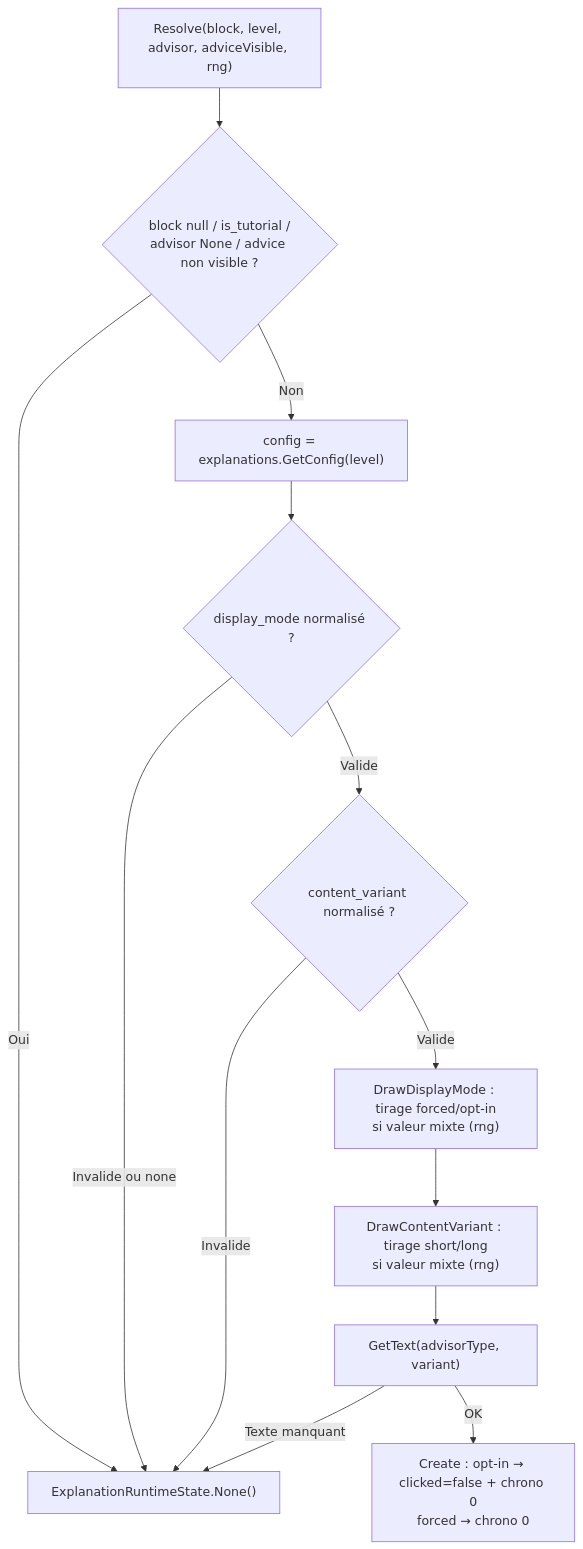
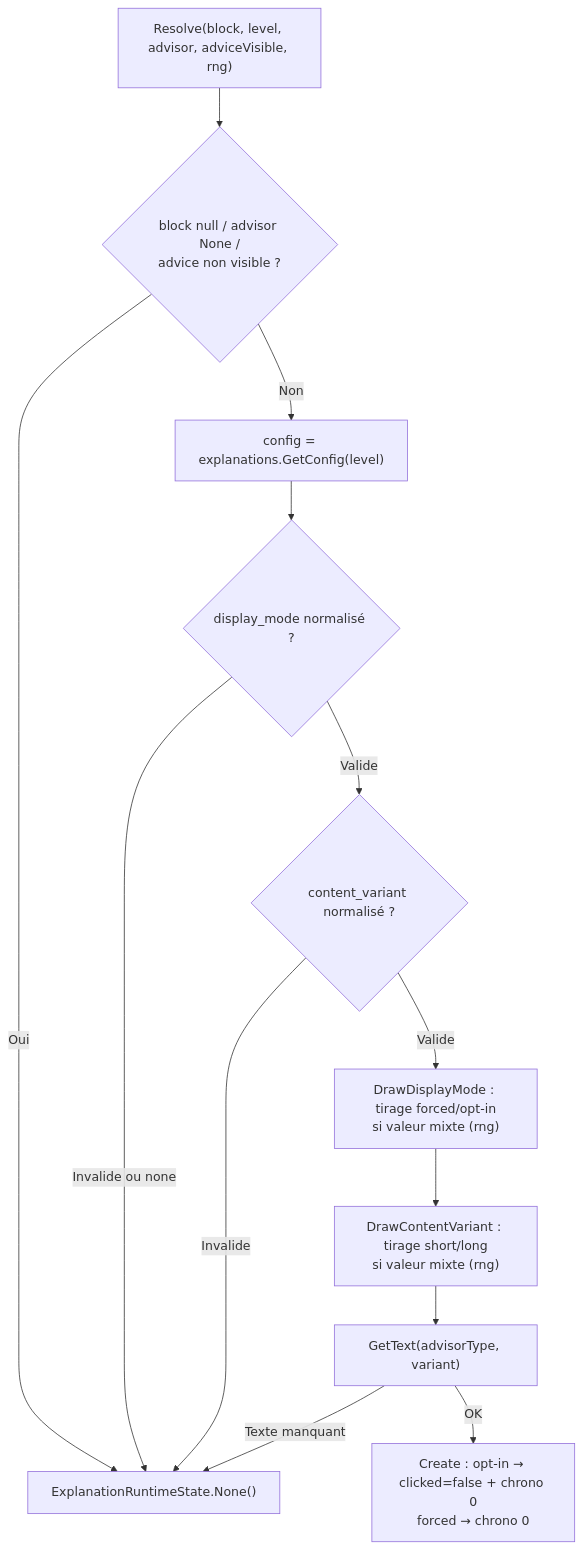
One commit to PierreChagnon/BUGS changed diagram 22 of 29 in Docs/TDD.md. Above: the diagram before and after it, drawn with Mermaid. The commit also changed other lines of this file and 4 other files, not shown here.

````diff
--- a/Docs/TDD.md
+++ b/Docs/TDD.md
@@ -2806,15 +2806,15 @@
 ```mermaid
 graph TD
-    A["Resolve(block, level, advisor, adviceVisible, rng)"] --> B{"block null / is_tutorial /<br/>advisor None / advice non visible ?"}
+    A["Resolve(block, level, advisor, adviceVisible, rng)"] --> B{"block null / advisor None /<br/>advice non visible ?"}
     B -->|Oui| Z["ExplanationRuntimeState.None()"]
     B -->|Non| C["config = explanations.GetConfig(level)"]
     C --> D{"display_mode normalisé ?"}
     D -->|Invalide ou none| Z
     D -->|Valide| E{"content_variant normalisé ?"}
     E -->|Invalide| Z
     E -->|Valide| F["DrawDisplayMode : tirage forced/opt-in<br/>si valeur mixte (rng)"]
     F --> G["DrawContentVariant : tirage short/long<br/>si valeur mixte (rng)"]
     G --> H["GetText(advisorType, variant)"]
     H -->|Texte manquant| Z
     H -->|OK| I["Create : opt-in → clicked=false + chrono 0<br/>forced → chrono 0"]
 ```
````
